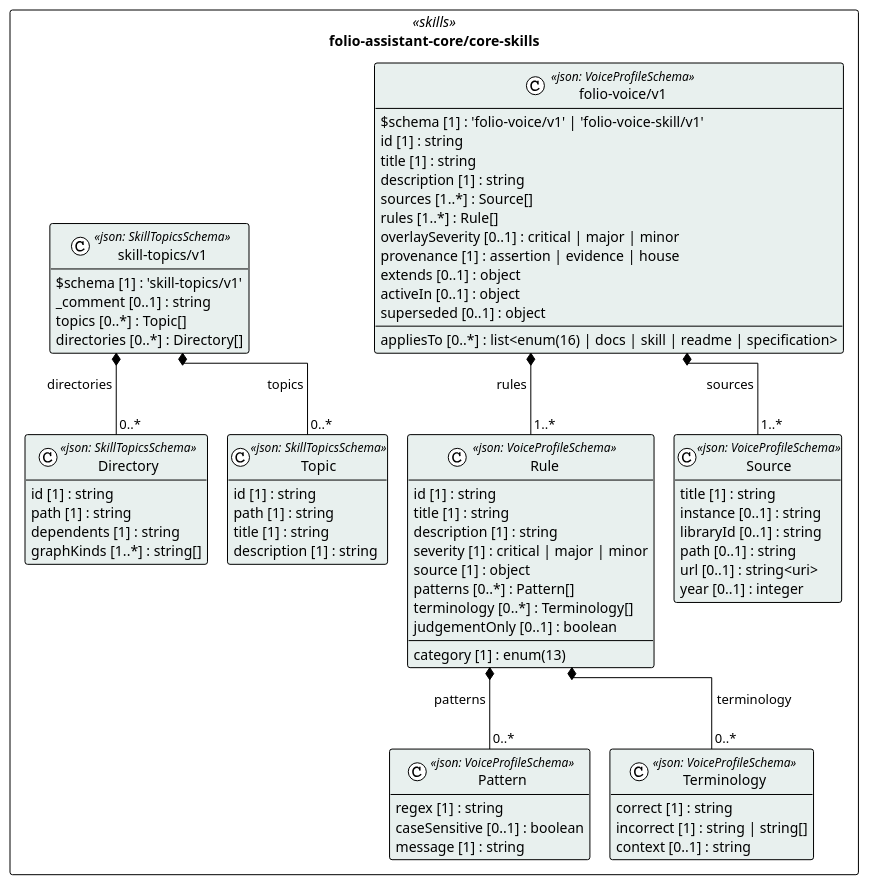
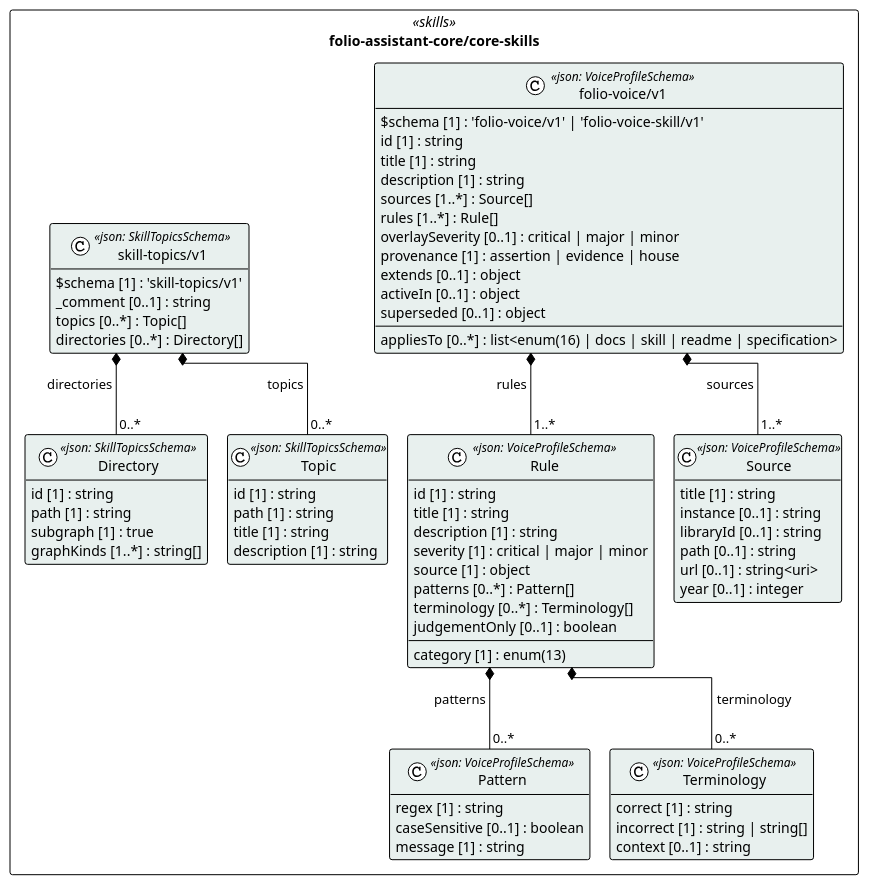
One commit to litlfred/folio-assistant changed the diagram in cat-harness/uml/overview/folio-assistant-core/core-skills.puml. Above: the diagram before and after it, drawn with PlantUML. The commit also changed 103 other files, not shown here.

```diff
--- a/cat-harness/uml/overview/folio-assistant-core/core-skills.puml
+++ b/cat-harness/uml/overview/folio-assistant-core/core-skills.puml
@@ -3,79 +3,79 @@
 @startuml folio_assistant_core_core_skills
 !pragma layout elk
 !theme plain
 skinparam classAttributeIconSize 0
 skinparam shadowing false
 skinparam packageStyle rectangle
 hide empty methods
 
 package "folio-assistant-core/core-skills" as pkg_folio_assistant_core_core_skills <<skills>> {
   class "Source" as folio_assistant_core_core_skills_folio_voice_v1_Source <<json: VoiceProfileSchema>> #e8f0ee {
     title [1] : string
     instance [0..1] : string
     libraryId [0..1] : string
     path [0..1] : string
     url [0..1] : string<uri>
     year [0..1] : integer
   }
   class "Pattern" as folio_assistant_core_core_skills_folio_voice_v1_Pattern <<json: VoiceProfileSchema>> #e8f0ee {
     regex [1] : string
     caseSensitive [0..1] : boolean
     message [1] : string
   }
   class "Terminology" as folio_assistant_core_core_skills_folio_voice_v1_Terminology <<json: VoiceProfileSchema>> #e8f0ee {
     correct [1] : string
     incorrect [1] : string | string[]
     context [0..1] : string
   }
   class "Rule" as folio_assistant_core_core_skills_folio_voice_v1_Rule <<json: VoiceProfileSchema>> #e8f0ee {
     id [1] : string
     title [1] : string
     description [1] : string
     category [1] : enum(13)
     severity [1] : critical | major | minor
     source [1] : object
     patterns [0..*] : Pattern[]
     terminology [0..*] : Terminology[]
     judgementOnly [0..1] : boolean
   }
   class "folio-voice/v1" as folio_assistant_core_core_skills_folio_voice_v1_folio_voice_v1 <<json: VoiceProfileSchema>> #e8f0ee {
     $schema [1] : 'folio-voice/v1' | 'folio-voice-skill/v1'
     id [1] : string
     title [1] : string
     description [1] : string
     sources [1..*] : Source[]
     rules [1..*] : Rule[]
     overlaySeverity [0..1] : critical | major | minor
     appliesTo [0..*] : list<enum(16) | docs | skill | readme | specification>
     provenance [1] : assertion | evidence | house
     extends [0..1] : object
     activeIn [0..1] : object
     superseded [0..1] : object
   }
   class "Topic" as folio_assistant_core_core_skills_skill_topics_v1_Topic <<json: SkillTopicsSchema>> #e8f0ee {
     id [1] : string
     path [1] : string
     title [1] : string
     description [1] : string
   }
   class "Directory" as folio_assistant_core_core_skills_skill_topics_v1_Directory <<json: SkillTopicsSchema>> #e8f0ee {
     id [1] : string
     path [1] : string
-    dependents [1] : string
+    subgraph [1] : true
     graphKinds [1..*] : string[]
   }
   class "skill-topics/v1" as folio_assistant_core_core_skills_skill_topics_v1_skill_topics_v1 <<json: SkillTopicsSchema>> #e8f0ee {
     $schema [1] : 'skill-topics/v1'
     _comment [0..1] : string
     topics [0..*] : Topic[]
     directories [0..*] : Directory[]
   }
 }
 
 folio_assistant_core_core_skills_folio_voice_v1_folio_voice_v1 *-- "1..*" folio_assistant_core_core_skills_folio_voice_v1_Source : sources
 folio_assistant_core_core_skills_folio_voice_v1_Rule *-- "0..*" folio_assistant_core_core_skills_folio_voice_v1_Pattern : patterns
 folio_assistant_core_core_skills_folio_voice_v1_Rule *-- "0..*" folio_assistant_core_core_skills_folio_voice_v1_Terminology : terminology
 folio_assistant_core_core_skills_folio_voice_v1_folio_voice_v1 *-- "1..*" folio_assistant_core_core_skills_folio_voice_v1_Rule : rules
 folio_assistant_core_core_skills_skill_topics_v1_skill_topics_v1 *-- "0..*" folio_assistant_core_core_skills_skill_topics_v1_Topic : topics
 folio_assistant_core_core_skills_skill_topics_v1_skill_topics_v1 *-- "0..*" folio_assistant_core_core_skills_skill_topics_v1_Directory : directories
 @enduml
```
